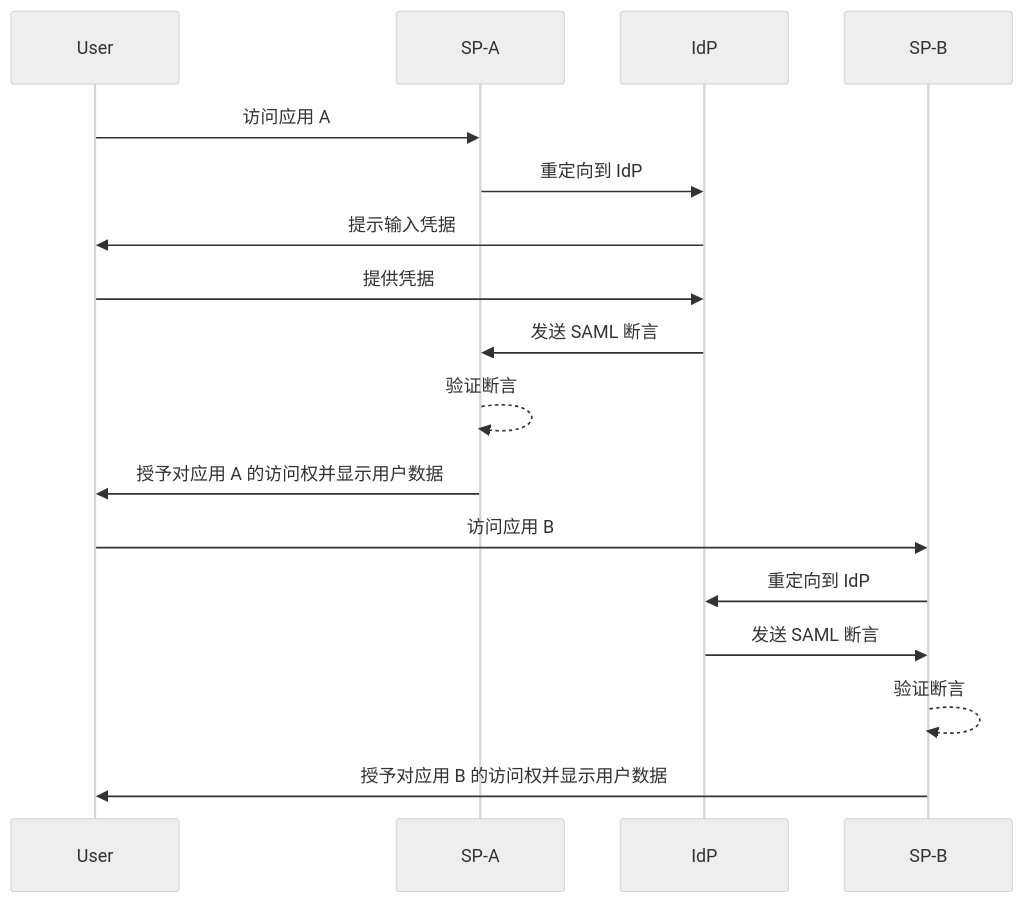
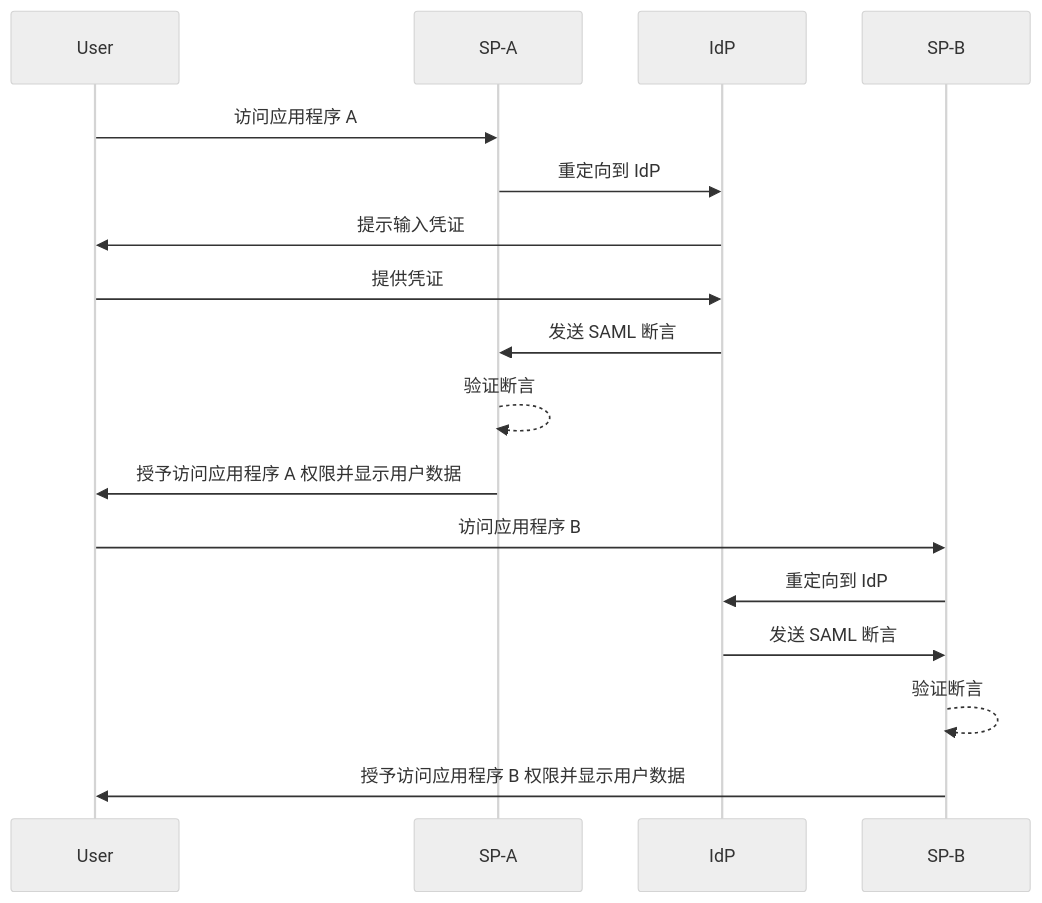
One commit to logto-io/auth-wiki changed the first of 2 diagrams in src/content/terms/zh/single-sign-on.mdx. Above: the diagram before and after it, drawn with Mermaid (neutral theme). The commit also changed other lines of this file and 48 other files, not shown here.

````diff
--- a/src/content/terms/zh/single-sign-on.mdx
+++ b/src/content/terms/zh/single-sign-on.mdx
@@ -29,20 +29,20 @@
 ```mermaid
 sequenceDiagram
     participant User
     participant SP-A
     participant IdP
     participant SP-B
 
-    User->>SP-A: 访问应用 A
+    User->>SP-A: 访问应用程序 A
     SP-A->>IdP: 重定向到 IdP
-    IdP->>User: 提示输入凭据
-    User->>IdP: 提供凭据
+    IdP->>User: 提示输入凭证
+    User->>IdP: 提供凭证
     IdP->>SP-A: 发送 SAML 断言
     SP-A-->>SP-A: 验证断言
-    SP-A->>User: 授予对应用 A 的访问权并显示用户数据
-    User->>SP-B: 访问应用 B
+    SP-A->>User: 授予访问应用程序 A 权限并显示用户数据
+    User->>SP-B: 访问应用程序 B
     SP-B->>IdP: 重定向到 IdP
     IdP->>SP-B: 发送 SAML 断言
     SP-B-->>SP-B: 验证断言
-    SP-B->>User: 授予对应用 B 的访问权并显示用户数据
+    SP-B->>User: 授予访问应用程序 B 权限并显示用户数据
 ```
````
